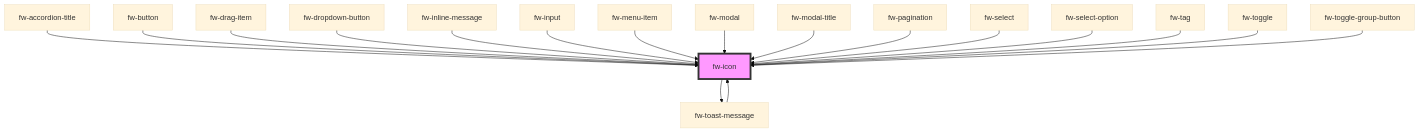
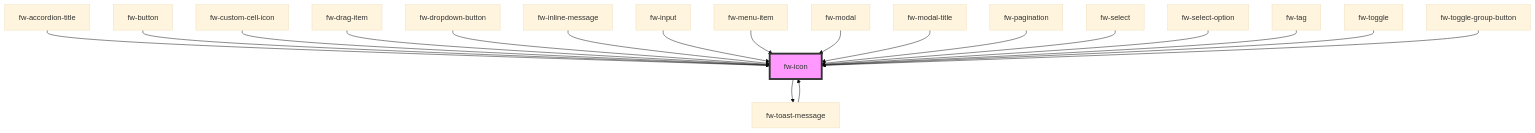
Before and after one commit to freshworks/crayons: the diagram in packages/crayons-core/src/components/icon/readme.md, drawn with Mermaid (base theme). The commit also changed other lines of this file and 6 other files, not shown here.

Commit message:
feat(data-table): adding icon variant for table cell

````diff
--- a/packages/crayons-core/src/components/icon/readme.md
+++ b/packages/crayons-core/src/components/icon/readme.md
@@ -262,21 +263,22 @@
 ```mermaid
 graph TD;
   fw-icon --> fw-toast-message
   fw-toast-message --> fw-icon
   fw-accordion-title --> fw-icon
   fw-button --> fw-icon
+  fw-custom-cell-icon --> fw-icon
   fw-drag-item --> fw-icon
   fw-dropdown-button --> fw-icon
   fw-inline-message --> fw-icon
   fw-input --> fw-icon
   fw-menu-item --> fw-icon
   fw-modal --> fw-icon
   fw-modal-title --> fw-icon
   fw-pagination --> fw-icon
   fw-select --> fw-icon
   fw-select-option --> fw-icon
   fw-tag --> fw-icon
   fw-toggle --> fw-icon
   fw-toggle-group-button --> fw-icon
   style fw-icon fill:#f9f,stroke:#333,stroke-width:4px
 ```
````
